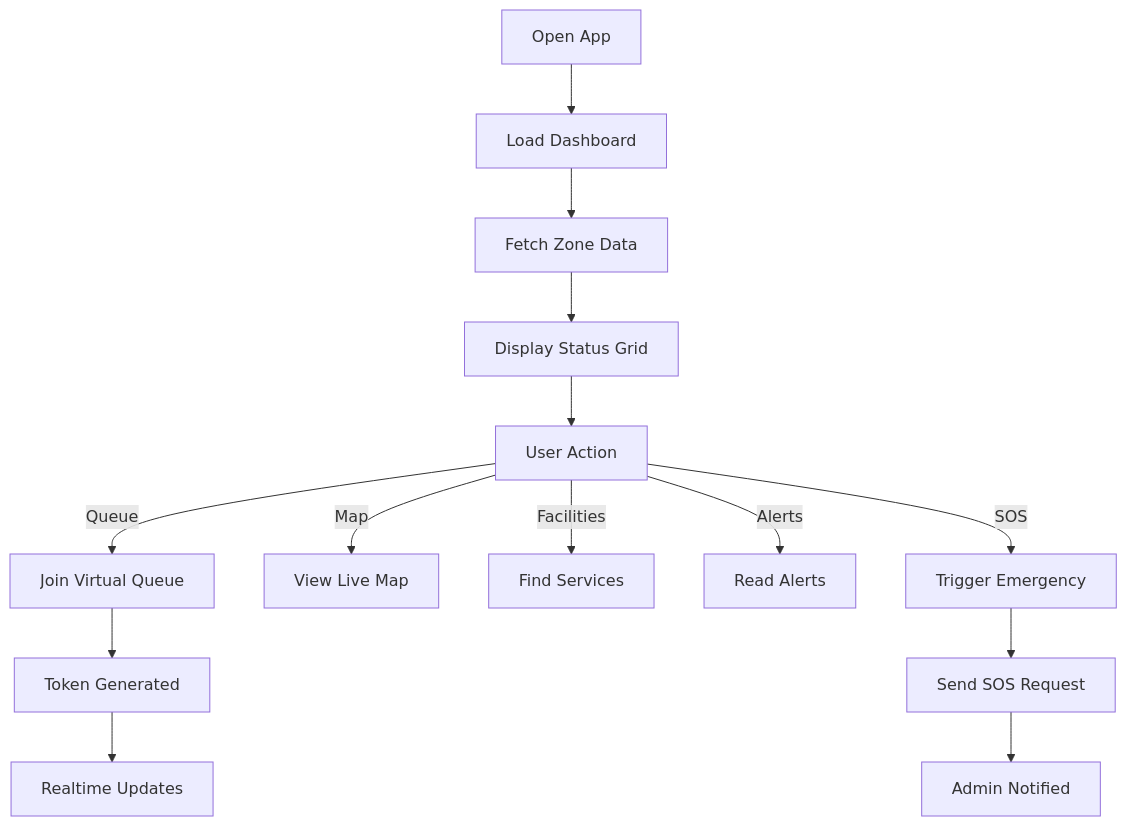
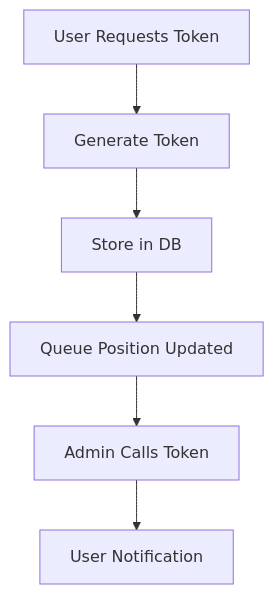
The second of 13 diagrams in README.md (vanshrajputcodes/Flowsense), drawn with Mermaid before and after one commit. The commit also changed other lines of this file, not shown here.

````diff
--- a/README.md
+++ b/README.md
@@ -32,20 +61,8 @@
 ```mermaid
 flowchart TD
-    A[Open App] --> B[Load Dashboard]
-    B --> C[Fetch Zone Data]
-    C --> D[Display Status Grid]
-
-    D --> E[User Action]
-
-    E -->|Queue| F[Join Virtual Queue]
-    E -->|Map| G[View Live Map]
-    E -->|Facilities| H[Find Services]
-    E -->|Alerts| I[Read Alerts]
-    E -->|SOS| J[Trigger Emergency]
-
-    F --> K[Token Generated]
-    K --> L[Realtime Updates]
-
-    J --> M[Send SOS Request]
-    M --> N[Admin Notified]
+    A[User Requests Token] --> B[Generate Token]
+    B --> C[Store in DB]
+    C --> D[Queue Position Updated]
+    D --> E[Admin Calls Token]
+    E --> F[User Notification]
 ```
````
